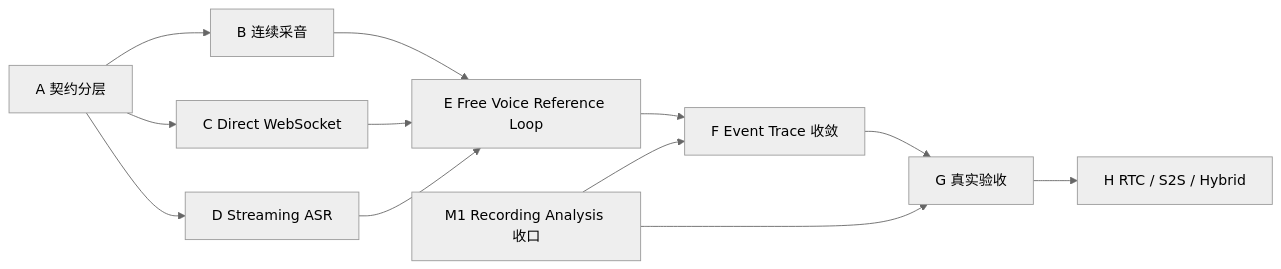
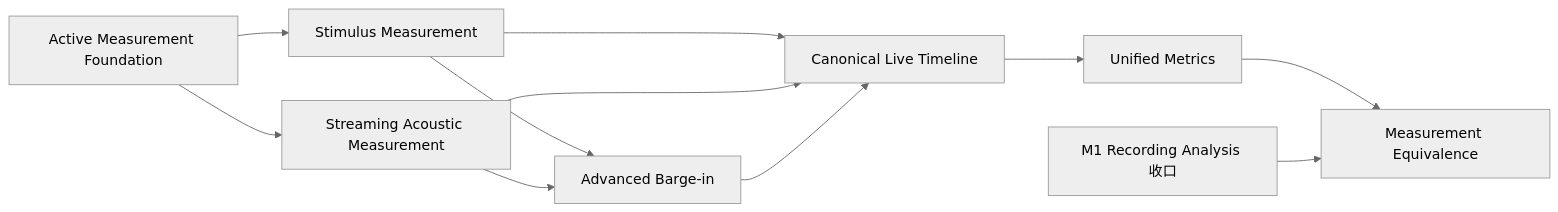
One commit to lybym/AIVoiceBench changed the diagram in docs/04-development-roadmap.md. Above: the diagram before and after it, drawn with Mermaid (neutral theme). The commit also changed other lines of this file and 23 other files, not shown here.

````diff
--- a/docs/04-development-roadmap.md
+++ b/docs/04-development-roadmap.md
@@ -38,15 +44,13 @@
 ```mermaid
 flowchart LR
-  A[A 契约分层] --> B[B 连续采音]
-  A --> C[C Direct WebSocket]
-  A --> D[D Streaming ASR]
-  B --> E[E Free Voice Reference Loop]
-  C --> E
-  D --> E
-  E --> F[F Event Trace 收敛]
-  F --> G[G 真实验收]
-  G --> H[H RTC / S2S / Hybrid]
-
-  M1[M1 Recording Analysis 收口] --> F
-  M1 --> G
+  A[Active Measurement Foundation] --> B[Stimulus Measurement]
+  A --> C[Streaming Acoustic Measurement]
+  B --> D[Canonical Live Timeline]
+  C --> D
+  D --> E[Unified Metrics]
+  E --> F[Measurement Equivalence]
+  B --> G[Advanced Barge-in]
+  C --> G
+  G --> D
+  R[M1 Recording Analysis 收口] --> F
 ```
````
